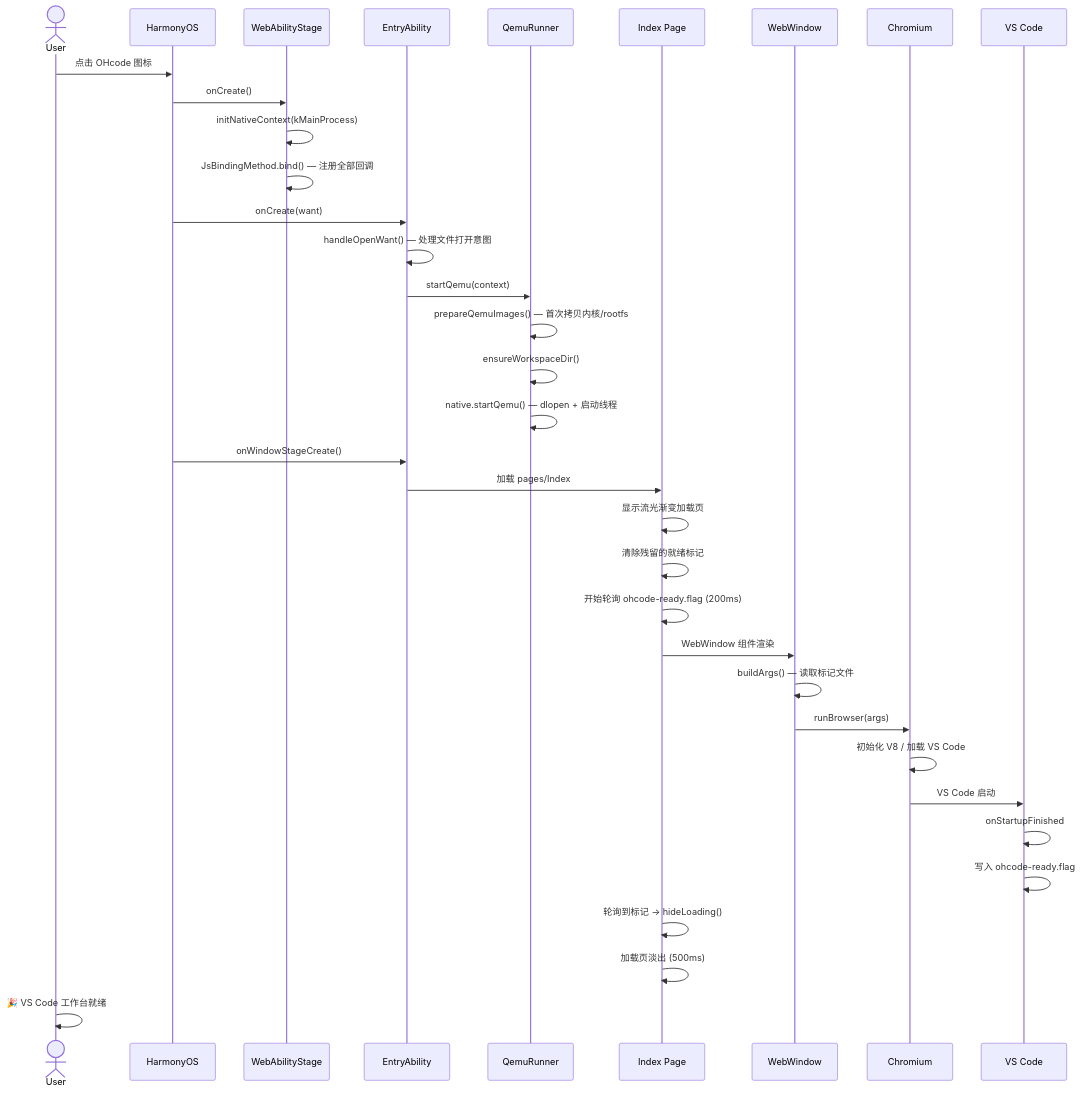
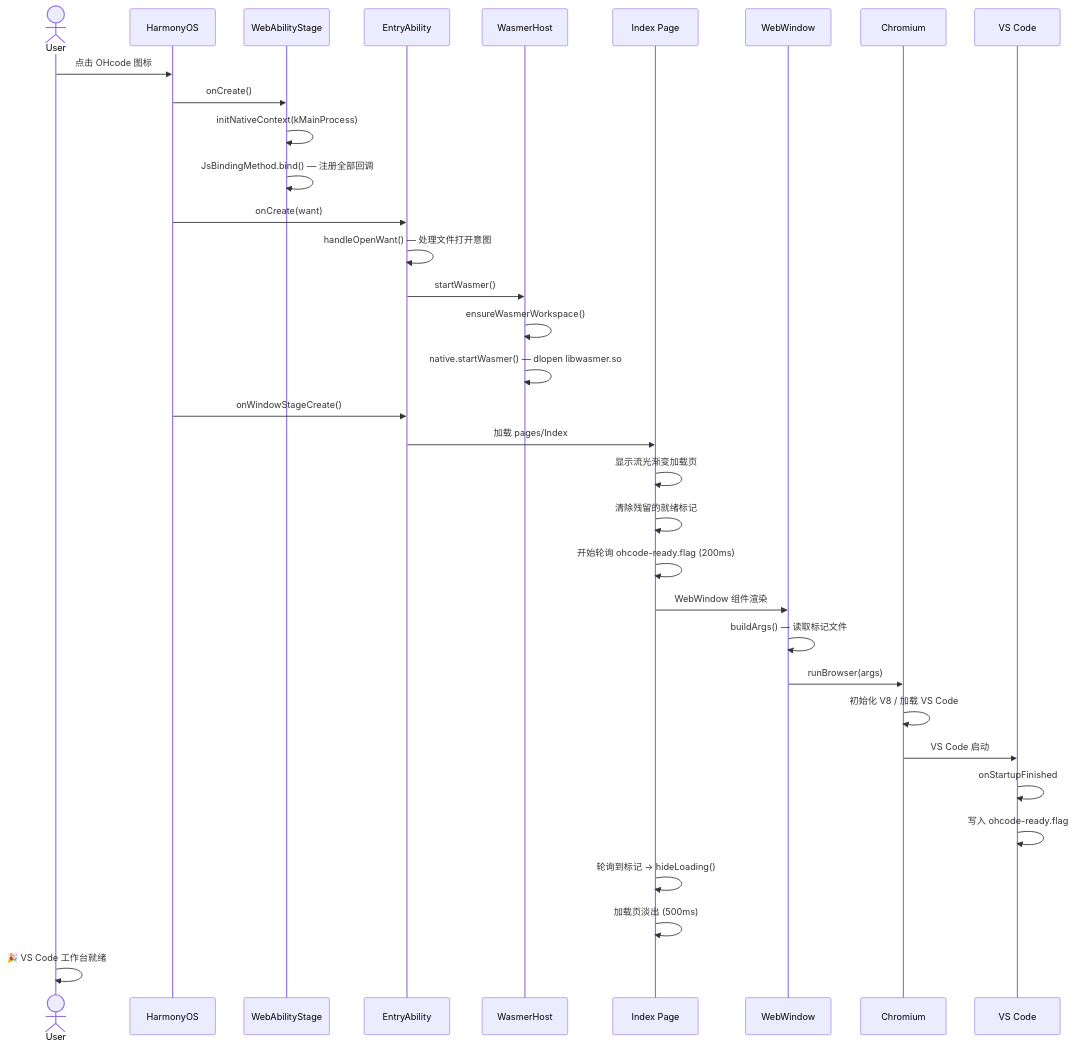
One commit to Multi-V-VM/CodifyOne-OH changed the sixth of 12 diagrams in README.md. Above: the diagram before and after it, drawn with Mermaid. The commit also changed other lines of this file and 29 other files, not shown here.

````diff
--- a/README.md
+++ b/README.md
@@ -377,44 +375,43 @@
 ```mermaid
 sequenceDiagram
     actor User
     participant OS as HarmonyOS
     participant AS as WebAbilityStage
     participant EA as EntryAbility
-    participant QR as QemuRunner
+    participant WH as WasmerHost
     participant IDX as Index Page
     participant WW as WebWindow
     participant CH as Chromium
     participant VS as VS Code
 
     User->>OS: 点击 OHcode 图标
     OS->>AS: onCreate()
     AS->>AS: initNativeContext(kMainProcess)
     AS->>AS: JsBindingMethod.bind() — 注册全部回调
 
     OS->>EA: onCreate(want)
     EA->>EA: handleOpenWant() — 处理文件打开意图
-    EA->>QR: startQemu(context)
-    QR->>QR: prepareQemuImages() — 首次拷贝内核/rootfs
-    QR->>QR: ensureWorkspaceDir()
-    QR->>QR: native.startQemu() — dlopen + 启动线程
+    EA->>WH: startWasmer()
+    WH->>WH: ensureWasmerWorkspace()
+    WH->>WH: native.startWasmer() — dlopen libwasmer.so
 
     OS->>EA: onWindowStageCreate()
     EA->>IDX: 加载 pages/Index
 
     IDX->>IDX: 显示流光渐变加载页
     IDX->>IDX: 清除残留的就绪标记
     IDX->>IDX: 开始轮询 ohcode-ready.flag (200ms)
 
     IDX->>WW: WebWindow 组件渲染
     WW->>WW: buildArgs() — 读取标记文件
     WW->>CH: runBrowser(args)
     CH->>CH: 初始化 V8 / 加载 VS Code
 
     CH->>VS: VS Code 启动
     VS->>VS: onStartupFinished
     VS->>VS: 写入 ohcode-ready.flag
 
     IDX->>IDX: 轮询到标记 → hideLoading()
     IDX->>IDX: 加载页淡出 (500ms)
     User->>User: 🎉 VS Code 工作台就绪
 ```
````
